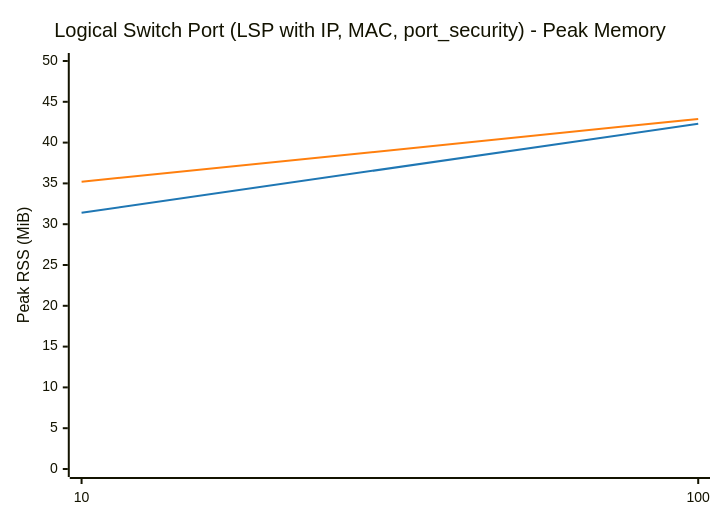
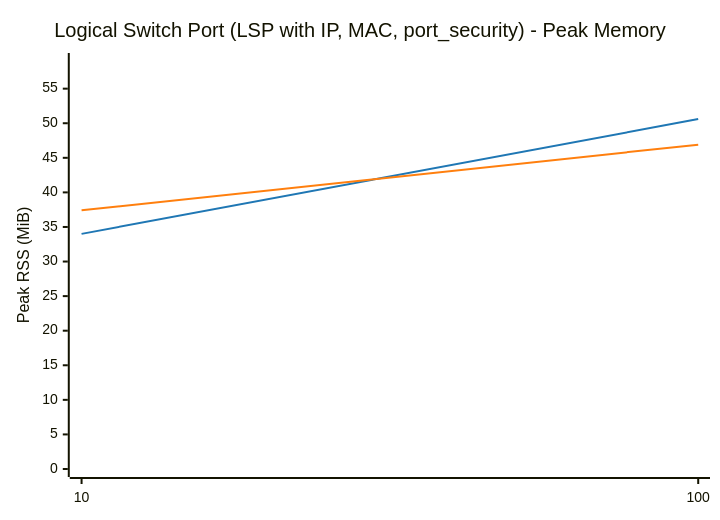
Before and after one commit to LionelJouin/ovs-ovn-bench: the second of 4 diagrams in results/BENCHMARK_REPORT.md, drawn with Mermaid. The commit also changed other lines of this file and 7 other files, not shown here.

````diff
--- a/results/BENCHMARK_REPORT.md
+++ b/results/BENCHMARK_REPORT.md
@@ -78,14 +78,14 @@
 ```mermaid
 ---
 config:
     themeVariables:
         xyChart:
             plotColorPalette: "#1f77b4, #ff7f0e"
 ---
 xychart-beta
     title "Logical Switch Port (LSP with IP, MAC, port_security) - Peak Memory"
     x-axis ["10", "100"]
-    y-axis "Peak RSS (MiB)" 0 --> 50
-    line "glibc malloc" [31.4, 42.3]
-    line "jemalloc" [35.2, 42.9]
+    y-axis "Peak RSS (MiB)" 0 --> 59
+    line "glibc malloc" [34.0, 50.6]
+    line "jemalloc" [37.4, 46.9]
 ```
````
